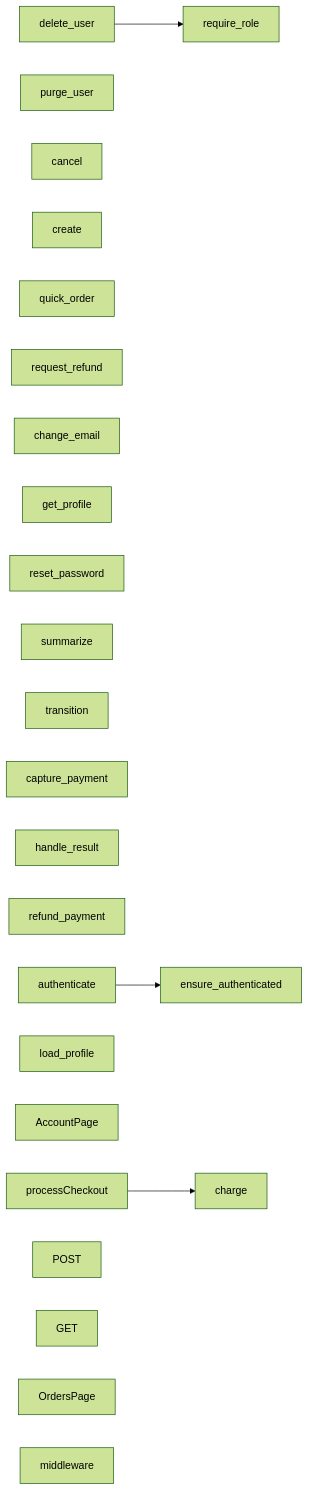
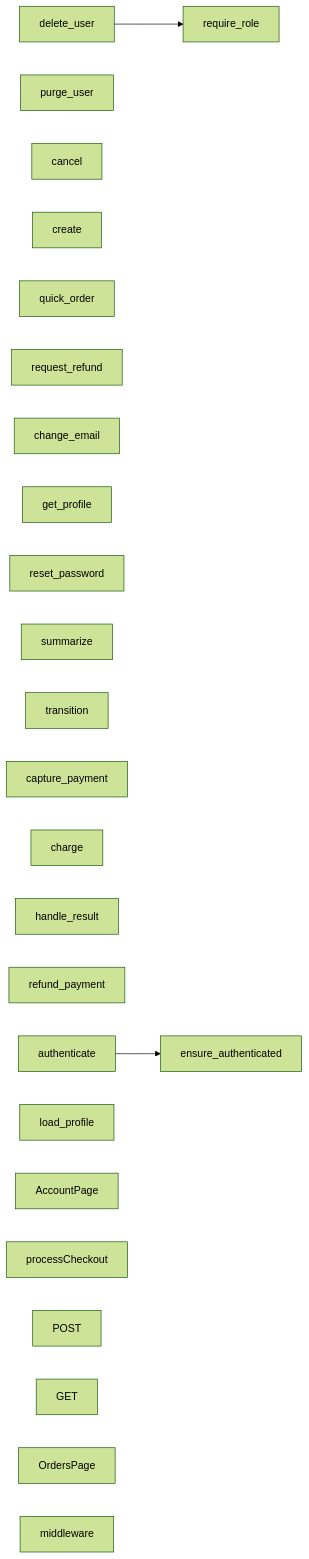
Before and after one commit to ferdinandobons/CodeDebrief: the first of 26 diagrams in examples/shop/logicchart-out/logic-flow.md, drawn with Mermaid (forest theme). The commit also changed other lines of this file and 18 other files, not shown here.

````diff
--- a/examples/shop/logicchart-out/logic-flow.md
+++ b/examples/shop/logicchart-out/logic-flow.md
@@ -14,31 +14,30 @@
 ```mermaid
 flowchart LR
   mflow_1c6b6f96cffc422d["delete_user"]
   mflow_10ef2d061b27b88c["purge_user"]
   mflow_cd39f6aa851ac8f1["cancel"]
   mflow_5a5d9103f9740b43["create"]
   mflow_9744434307d21144["quick_order"]
   mflow_663a7ab889d99781["request_refund"]
   mflow_3d1dd6694cc550e9["change_email"]
   mflow_379ecad6e175d201["get_profile"]
   mflow_0c047baf201f45c7["reset_password"]
   mflow_43f51fb107229278["ensure_authenticated"]
   mflow_e09895754a5d776e["require_role"]
   mflow_454eee0405381967["summarize"]
   mflow_9db0379ee88dd158["transition"]
   mflow_68d596474ebdd0a8["capture_payment"]
   mflow_50e684eafc6a8ce3["charge"]
   mflow_bf8811dbdd106592["handle_result"]
   mflow_22b5de4d1b748736["refund_payment"]
   mflow_1f9ab406cb373b90["authenticate"]
   mflow_4e86ebfbebb24a2c["load_profile"]
   mflow_0d2030fc4f935984["AccountPage"]
   mflow_77b21193aa0c1d4d["processCheckout"]
   mflow_adbd361ae9be144a["POST"]
   mflow_99799591abfba02a["GET"]
   mflow_a8e844538cf5c5b4["OrdersPage"]
   mflow_2153fa8dd4bc4919["middleware"]
   mflow_1c6b6f96cffc422d --> mflow_e09895754a5d776e
   mflow_1f9ab406cb373b90 --> mflow_43f51fb107229278
-  mflow_77b21193aa0c1d4d --> mflow_50e684eafc6a8ce3
 ```
````
